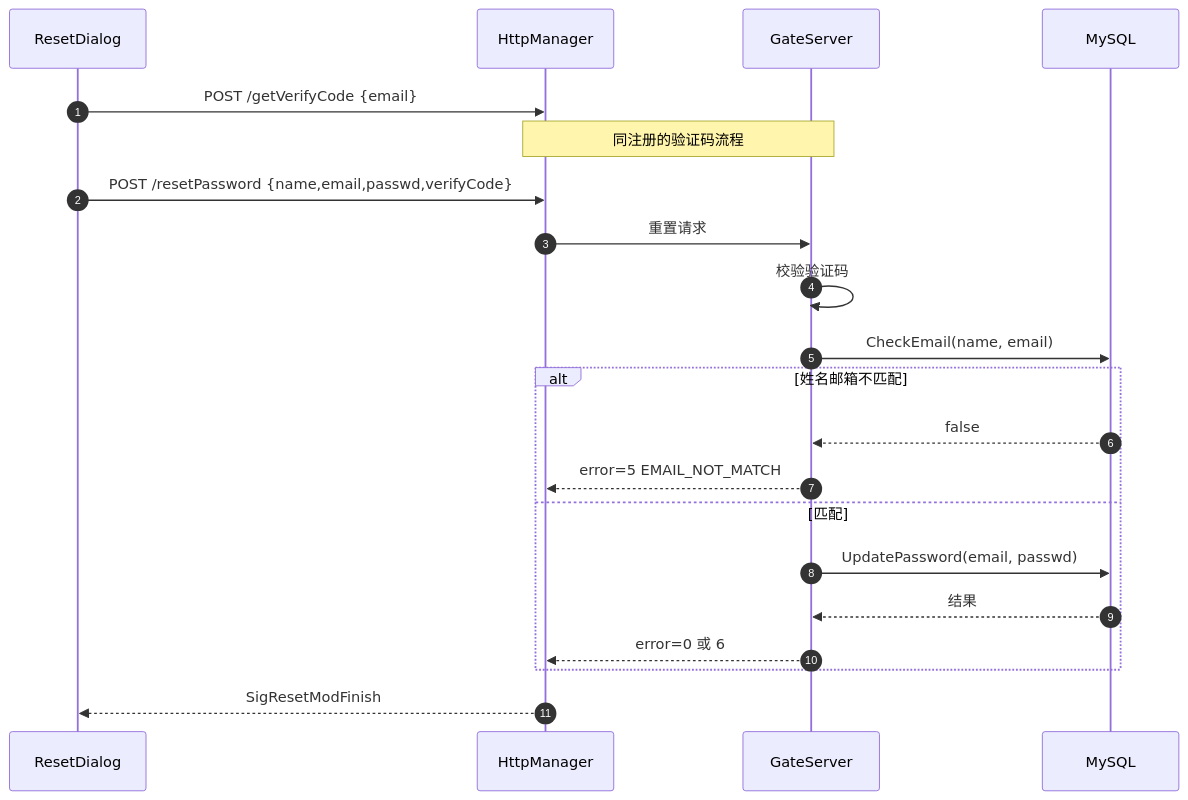
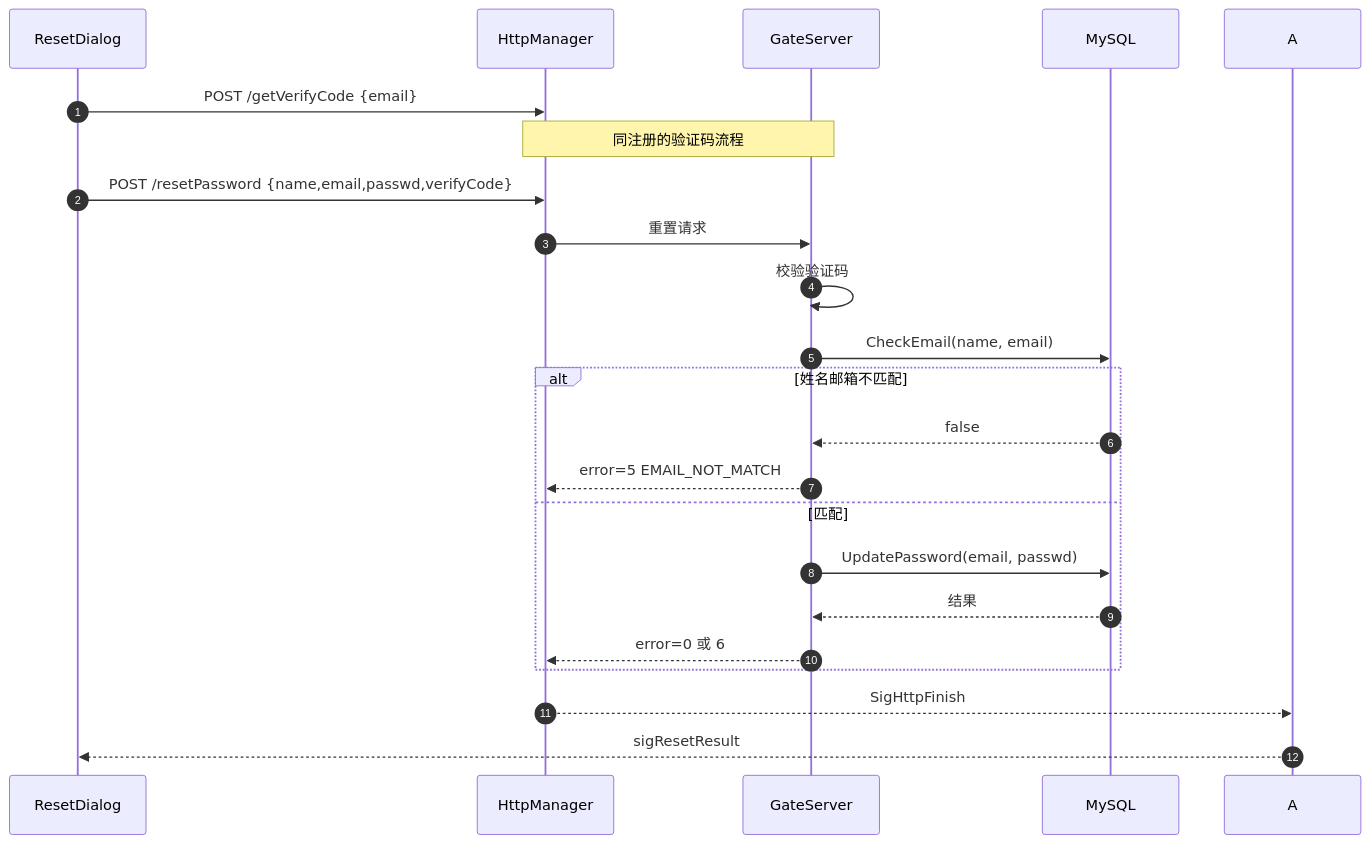
Before and after one commit to codeT2001/MyChat: the fourth of 10 diagrams in Client/README.md, drawn with Mermaid. The commit also changed other lines of this file and 15 other files, not shown here.

````diff
--- a/Client/README.md
+++ b/Client/README.md
@@ -186,24 +189,25 @@
 ```mermaid
 sequenceDiagram
     autonumber
     participant D as ResetDialog
     participant H as HttpManager
     participant G as GateServer
     participant DB as MySQL
 
     D->>H: POST /getVerifyCode {email}
     Note over H,G: 同注册的验证码流程
     D->>H: POST /resetPassword {name,email,passwd,verifyCode}
     H->>G: 重置请求
     G->>G: 校验验证码
     G->>DB: CheckEmail(name, email)
     alt 姓名邮箱不匹配
         DB-->>G: false
         G-->>H: error=5 EMAIL_NOT_MATCH
     else 匹配
         G->>DB: UpdatePassword(email, passwd)
         DB-->>G: 结果
         G-->>H: error=0 或 6
     end
-    H-->>D: SigResetModFinish
+    H-->>A: SigHttpFinish
+    A-->>D: sigResetResult
 ```
````
